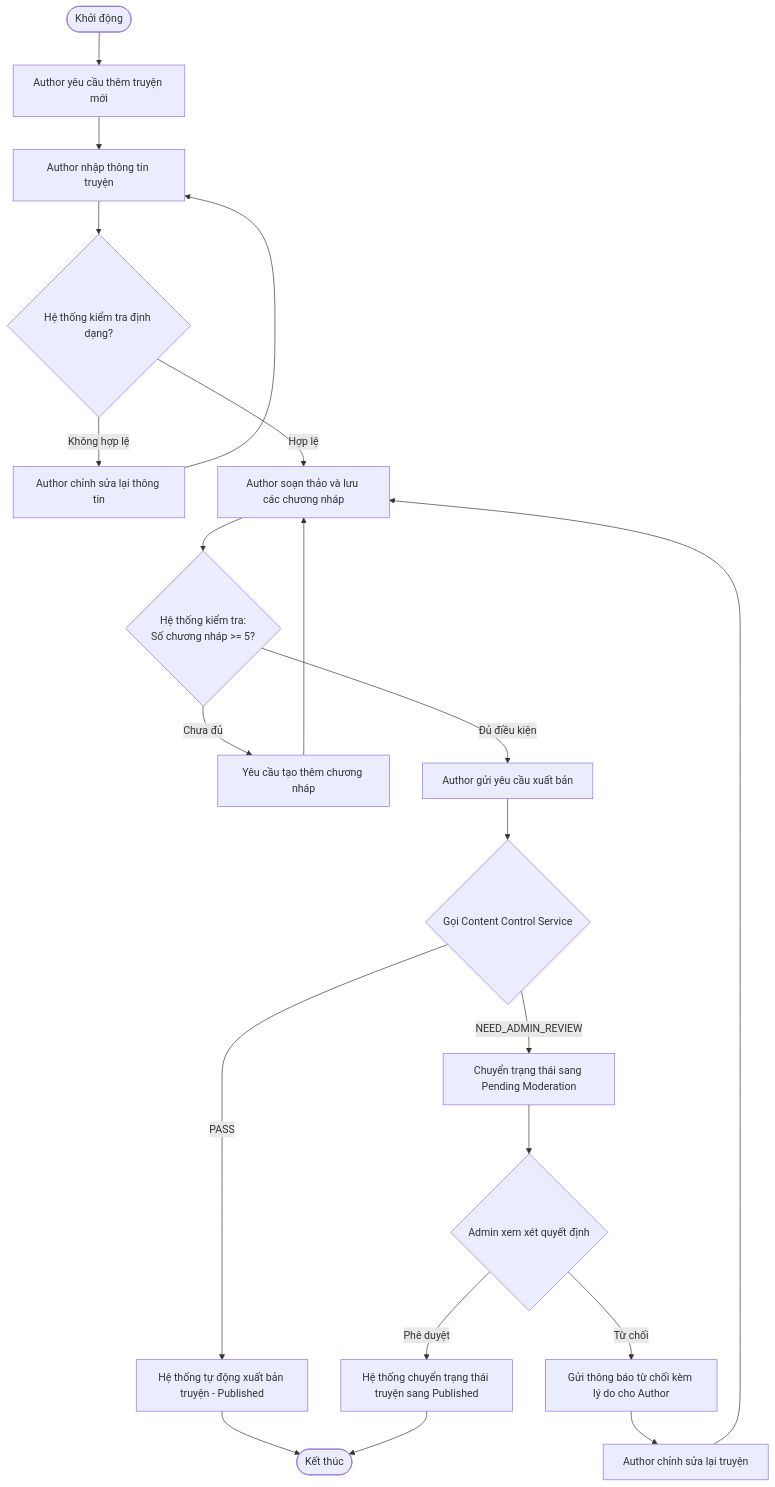
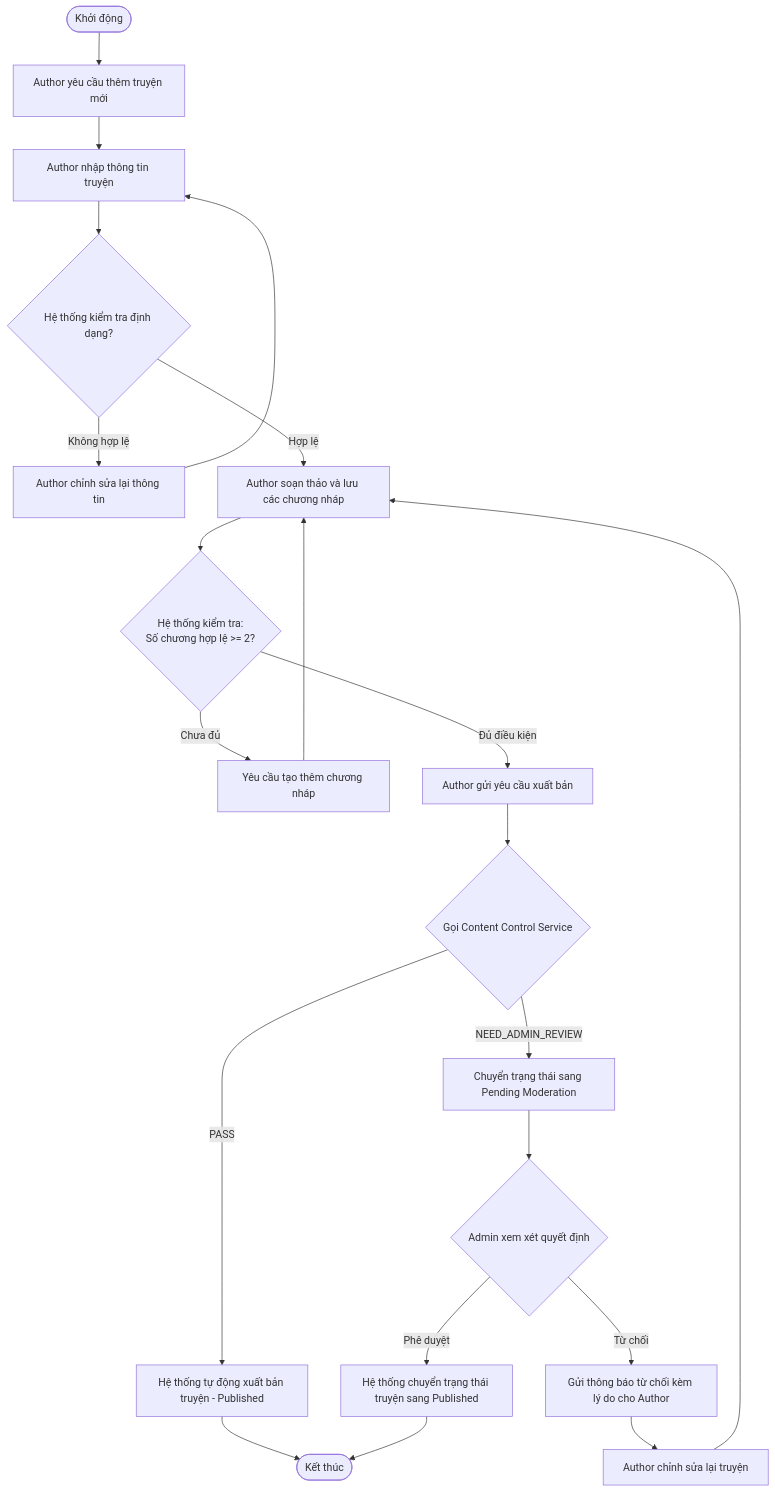
The first of 5 diagrams in docs/SRS/novel-chapter-service.md (Ephurin/Novel_sharing_platform), drawn with Mermaid before and after one commit. The commit also changed other lines of this file and 5 other files, not shown here.

````diff
--- a/docs/SRS/novel-chapter-service.md
+++ b/docs/SRS/novel-chapter-service.md
@@ -28,30 +28,30 @@
 ```mermaid
 flowchart TD
     Start([Khởi động]) --> AddReq[Author yêu cầu thêm truyện mới]
     AddReq --> EnterMeta[Author nhập thông tin truyện]
     EnterMeta --> FormatCheck{Hệ thống kiểm tra định dạng?}
     
     FormatCheck -->|Không hợp lệ| FixMeta[Author chỉnh sửa lại thông tin]
     FixMeta --> EnterMeta
     
     FormatCheck -->|Hợp lệ| AddChapters[Author soạn thảo và lưu các chương nháp]
-    AddChapters --> CountCheck{Hệ thống kiểm tra: <br> Số chương nháp >= 5?}
+    AddChapters --> CountCheck{Hệ thống kiểm tra: <br> Số chương hợp lệ >= 2?}
     
     CountCheck -->|Chưa đủ| AddMore[Yêu cầu tạo thêm chương nháp]
     AddMore --> AddChapters
     
     CountCheck -->|Đủ điều kiện| SendReq[Author gửi yêu cầu xuất bản]
     SendReq --> ContentControl{Gọi Content Control Service}
     
     ContentControl -->|PASS| AutoPublish[Hệ thống tự động xuất bản truyện - Published]
     ContentControl -->|NEED_ADMIN_REVIEW| PendingQueue[Chuyển trạng thái sang Pending Moderation]
     
     PendingQueue --> AdminReview{Admin xem xét quyết định}
     AdminReview -->|Từ chối| NotifyReject[Gửi thông báo từ chối kèm lý do cho Author]
     NotifyReject --> EditNovel[Author chỉnh sửa lại truyện]
     EditNovel --> AddChapters
     
     AdminReview -->|Phê duyệt| Publish[Hệ thống chuyển trạng thái truyện sang Published]
     AutoPublish --> End([Kết thúc])
     Publish --> End
 ```
````
